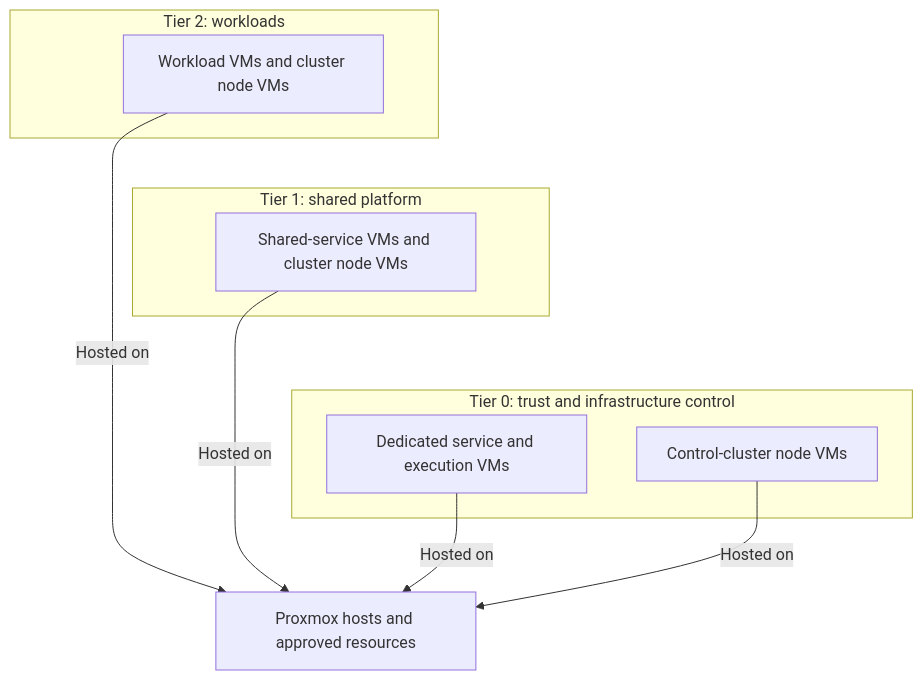
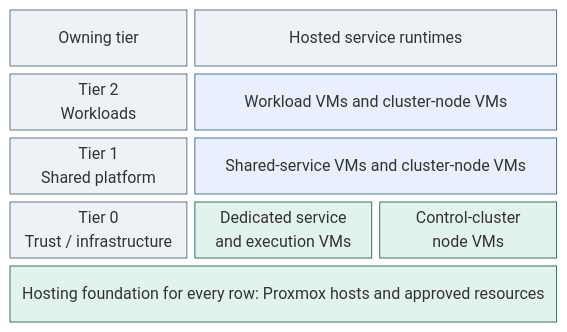
One commit to Rexus/homelab changed the first of 2 diagrams in docs/architecture/compute/runtime.md. Above: the diagram before and after it, drawn with Mermaid. The commit also changed other lines of this file and 49 other files, not shown here.

Commit message:
docs(diagrams): clarify tier layouts and visual styles

````diff
--- a/docs/architecture/compute/runtime.md
+++ b/docs/architecture/compute/runtime.md
@@ -23,19 +23,17 @@
 ```mermaid
-flowchart TB
-  subgraph T2["Tier 2: workloads"]
-    Workloads["Workload VMs and cluster node VMs"]
-  end
-  subgraph T1["Tier 1: shared platform"]
-    Shared["Shared-service VMs and cluster node VMs"]
-  end
-  subgraph T0["Tier 0: trust and infrastructure control"]
-    Dedicated["Dedicated service and execution VMs"]
-    Cluster["Control-cluster node VMs"]
-  end
-  Workloads ~~~ Shared ~~~ Dedicated
-  Hosts["Proxmox hosts and approved resources"]
-  Workloads -->|Hosted on| Hosts
-  Shared -->|Hosted on| Hosts
-  Dedicated -->|Hosted on| Hosts
-  Cluster -->|Hosted on| Hosts
+block-beta
+  columns 3
+  Owner["Owning tier"] Runtime["Hosted service runtimes"]:2
+  T2["Tier 2<br/>Workloads"] Workloads["Workload VMs and cluster-node VMs"]:2
+  T1["Tier 1<br/>Shared platform"] Shared["Shared-service VMs and cluster-node VMs"]:2
+  T0["Tier 0<br/>Trust / infrastructure"]
+  Dedicated["Dedicated service<br/>and execution VMs"] Cluster["Control-cluster<br/>node VMs"]
+  Hosts["Hosting foundation for every row: Proxmox hosts and approved resources"]:3
+  classDef default fill:#f8fafc,stroke:#64748b,color:#1f2937
+  classDef boundary fill:#eef2f6,stroke:#64748b,color:#1f2937
+  classDef services fill:#e7f0fc,stroke:#4d719b,color:#203a5b
+  classDef control fill:#e2f3ed,stroke:#397366,color:#173f36
+  class Owner,Runtime,T2,T1,T0 boundary
+  class Workloads,Shared services
+  class Dedicated,Cluster,Hosts control
 ```
````
